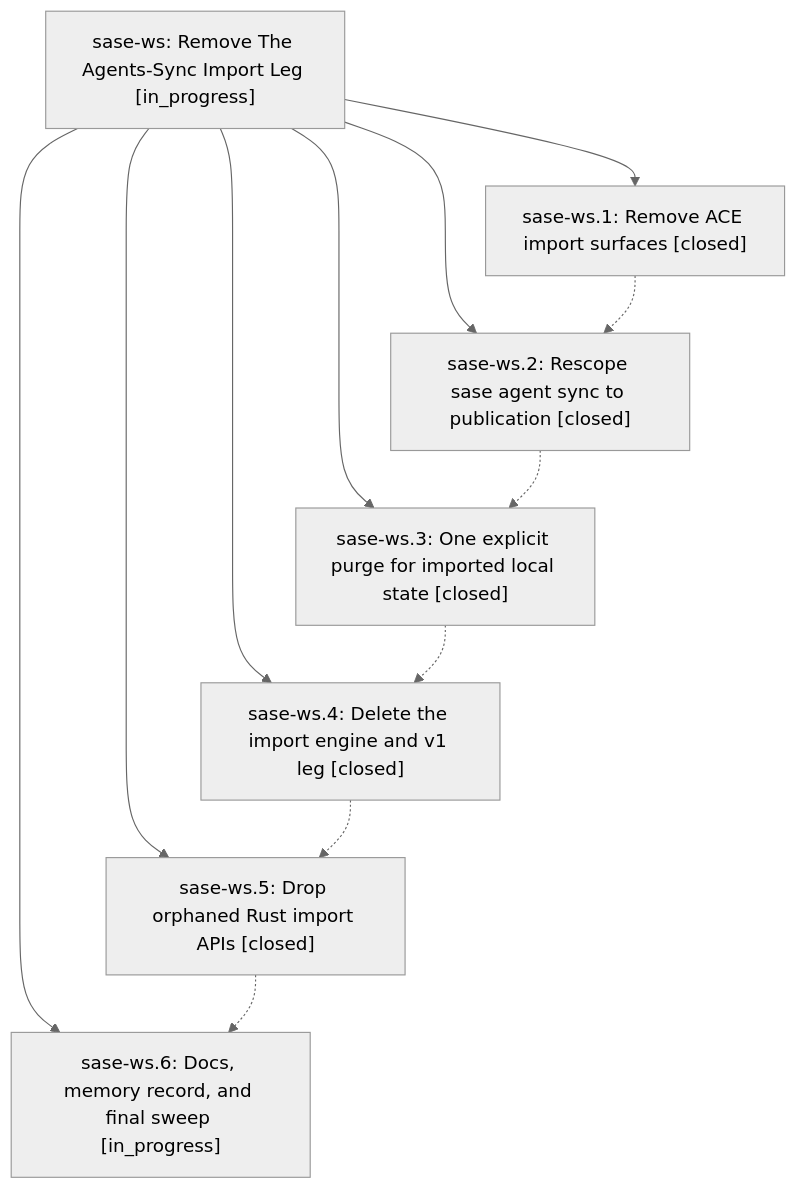
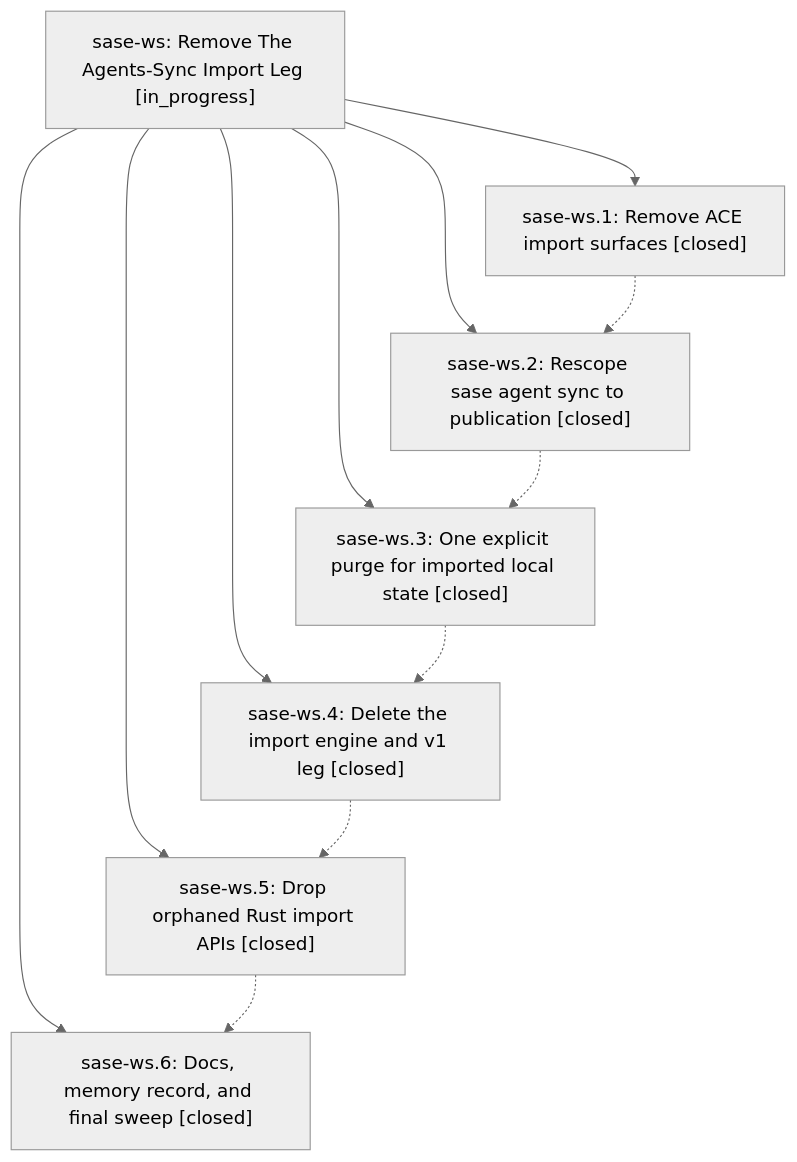
One commit to sase-org/sase--beads changed the diagram in pages/sase-ws/README.md. Above: the diagram before and after it, drawn with Mermaid (neutral theme). The commit also changed other lines of this file and 2 other files, not shown here.

First line of the commit message:
chore(beads): sync bead state and pages for sase-ws

````diff
--- a/pages/sase-ws/README.md
+++ b/pages/sase-ws/README.md
@@ -45,21 +45,21 @@
 ```mermaid
 flowchart TD
     n0["sase-ws: Remove The Agents-Sync Import Leg [in_progress]"]
     n1["sase-ws.1: Remove ACE import surfaces [closed]"]
     n2["sase-ws.2: Rescope sase agent sync to publication [closed]"]
     n3["sase-ws.3: One explicit purge for imported local state [closed]"]
     n4["sase-ws.4: Delete the import engine and v1 leg [closed]"]
     n5["sase-ws.5: Drop orphaned Rust import APIs [closed]"]
-    n6["sase-ws.6: Docs, memory record, and final sweep [in_progress]"]
+    n6["sase-ws.6: Docs, memory record, and final sweep [closed]"]
     n0 --> n1
     n0 --> n2
     n0 --> n3
     n0 --> n4
     n0 --> n5
     n0 --> n6
     n1 -.-> n2
     n2 -.-> n3
     n3 -.-> n4
     n4 -.-> n5
     n5 -.-> n6
 ```
````
